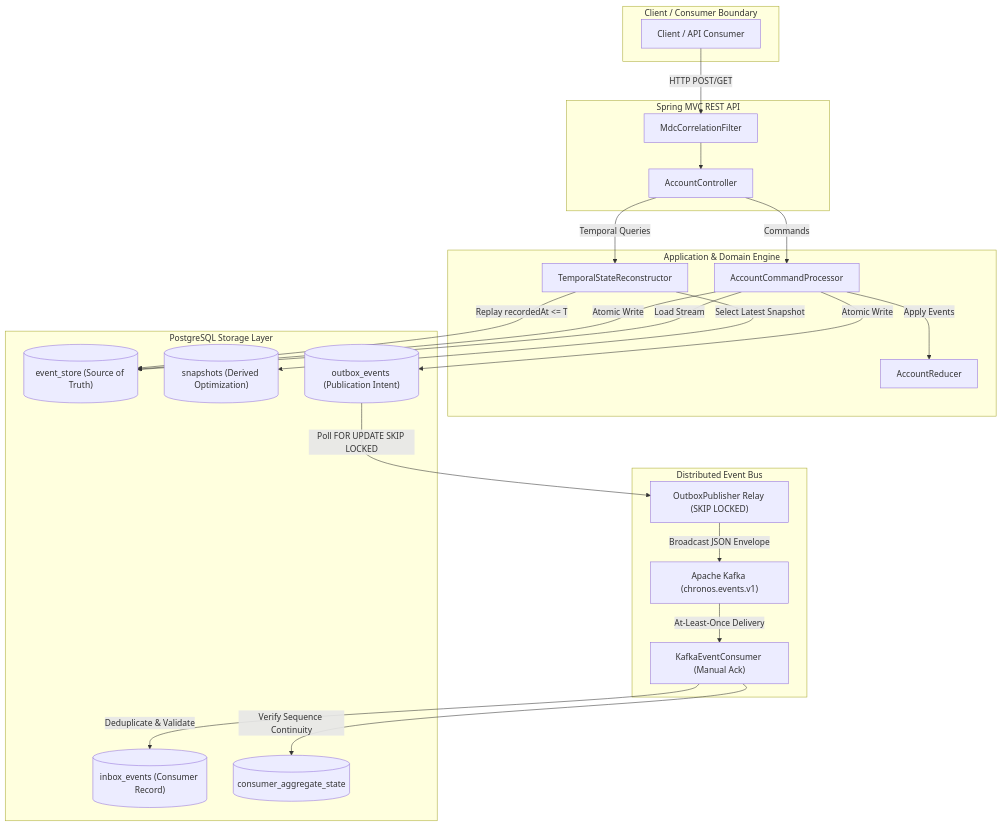
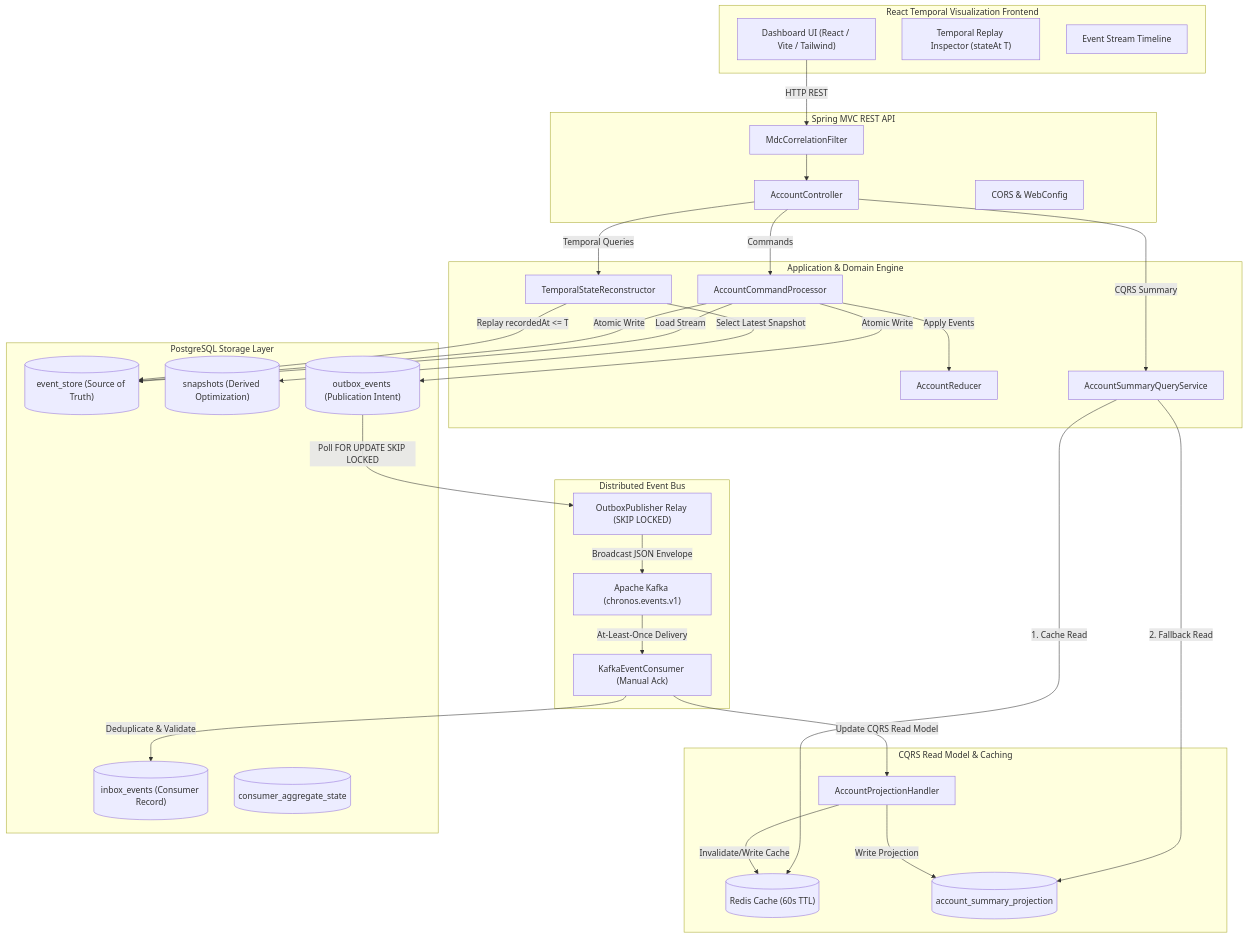
The diagram in README.md (saishsanas/chronos), drawn with Mermaid before and after one commit. The commit also changed other lines of this file and 35 other files, not shown here.

Commit message:
feat(frontend): add temporal visualization and finalize chronos v1

````diff
--- a/README.md
+++ b/README.md
@@ -19,47 +21,67 @@
 ```mermaid
 flowchart TD
-    subgraph ClientLayer ["Client / Consumer Boundary"]
-        Client["Client / API Consumer"]
+    subgraph UI ["React Temporal Visualization Frontend"]
+        Dashboard["Dashboard UI (React / Vite / Tailwind)"]
+        Inspector["Temporal Replay Inspector (stateAt T)"]
+        Timeline["Event Stream Timeline"]
     end
 
     subgraph API ["Spring MVC REST API"]
         Controller["AccountController"]
         Filter["MdcCorrelationFilter"]
+        WebConfig["CORS & WebConfig"]
     end
 
     subgraph DomainApp ["Application & Domain Engine"]
         Processor["AccountCommandProcessor"]
         Reducer["AccountReducer"]
         Reconstructor["TemporalStateReconstructor"]
+        SummaryService["AccountSummaryQueryService"]
+    end
+
+    subgraph ReadModel ["CQRS Read Model & Caching"]
+        RedisCache[("Redis Cache (60s TTL)")]
+        ReadProjection[("account_summary_projection")]
+        ProjectionHandler["AccountProjectionHandler"]
     end
 
     subgraph Persistence ["PostgreSQL Storage Layer"]
         EventStore[("event_store (Source of Truth)")]
         Snapshots[("snapshots (Derived Optimization)")]
         OutboxTable[("outbox_events (Publication Intent)")]
         InboxTable[("inbox_events (Consumer Record)")]
         SeqTable[("consumer_aggregate_state")]
     end
 
     subgraph Messaging ["Distributed Event Bus"]
         OutboxRelay["OutboxPublisher Relay (SKIP LOCKED)"]
         KafkaBus["Apache Kafka (chronos.events.v1)"]
         InboxConsumer["KafkaEventConsumer (Manual Ack)"]
     end
 
-    Client -->|HTTP POST/GET| Filter
+    Dashboard -->|HTTP REST| Filter
     Filter --> Controller
     Controller -->|Commands| Processor
     Controller -->|Temporal Queries| Reconstructor
+    Controller -->|CQRS Summary| SummaryService
+
+    SummaryService -->|1. Cache Read| RedisCache
+    SummaryService -->|2. Fallback Read| ReadProjection
+
     Processor -->|Load Stream| EventStore
     Processor -->|Apply Events| Reducer
     Processor -->|Atomic Write| EventStore
     Processor -->|Atomic Write| OutboxTable
+
     Reconstructor -->|Select Latest Snapshot| Snapshots
     Reconstructor -->|Replay recordedAt <= T| EventStore
+
     OutboxTable -->|Poll FOR UPDATE SKIP LOCKED| OutboxRelay
     OutboxRelay -->|Broadcast JSON Envelope| KafkaBus
+
     KafkaBus -->|At-Least-Once Delivery| InboxConsumer
     InboxConsumer -->|Deduplicate & Validate| InboxTable
-    InboxConsumer -->|Verify Sequence Continuity| SeqTable
+    InboxConsumer -->|Update CQRS Read Model| ProjectionHandler
+    ProjectionHandler -->|Write Projection| ReadProjection
+    ProjectionHandler -->|Invalidate/Write Cache| RedisCache
 ```
````
